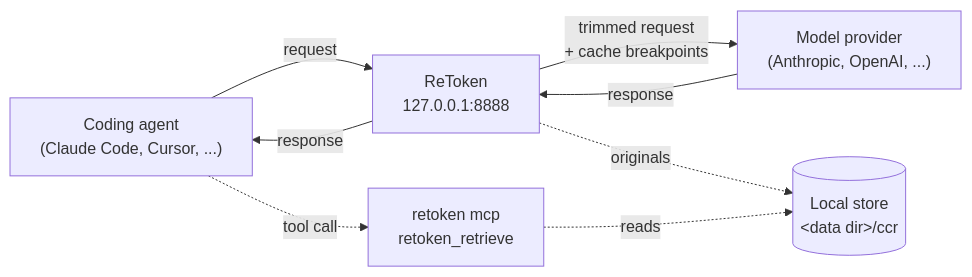
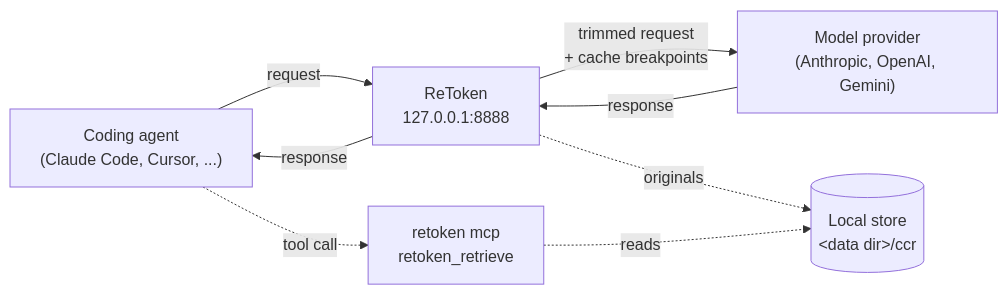
One commit to AshleyImmanuel/ReToken changed the diagram in README.md. Above: the diagram before and after it, drawn with Mermaid. The commit also changed other lines of this file and 23 other files, not shown here.

````diff
--- a/README.md
+++ b/README.md
@@ -113,10 +146,10 @@
 ```mermaid
 flowchart LR
     A["Coding agent<br/>(Claude Code, Cursor, ...)"] -->|request| R["ReToken<br/>127.0.0.1:8888"]
-    R -->|"trimmed request<br/>+ cache breakpoints"| P["Model provider<br/>(Anthropic, OpenAI, ...)"]
+    R -->|"trimmed request<br/>+ cache breakpoints"| P["Model provider<br/>(Anthropic, OpenAI, Gemini)"]
     P -->|response| R
     R -->|response| A
     R -.->|"originals"| S[("Local store<br/>&lt;data dir&gt;/ccr")]
     M["retoken mcp<br/>retoken_retrieve"] -.->|reads| S
     A -.->|"tool call"| M
 ```
````
